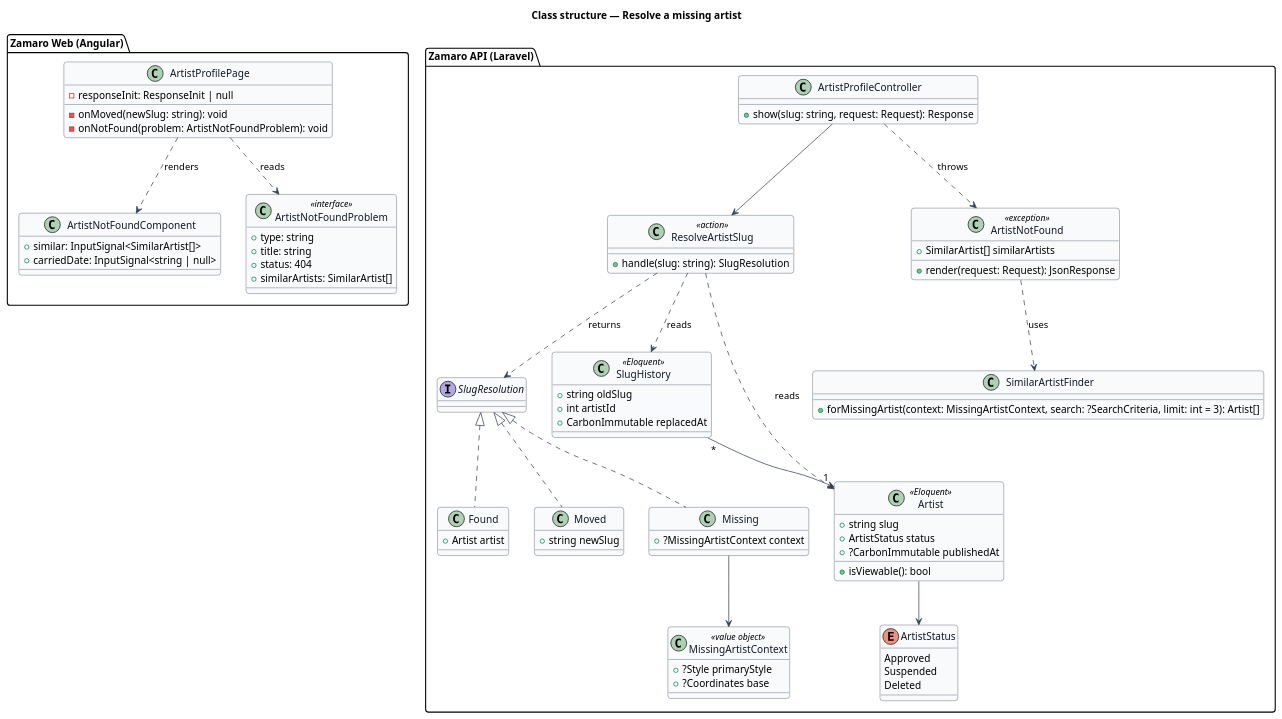
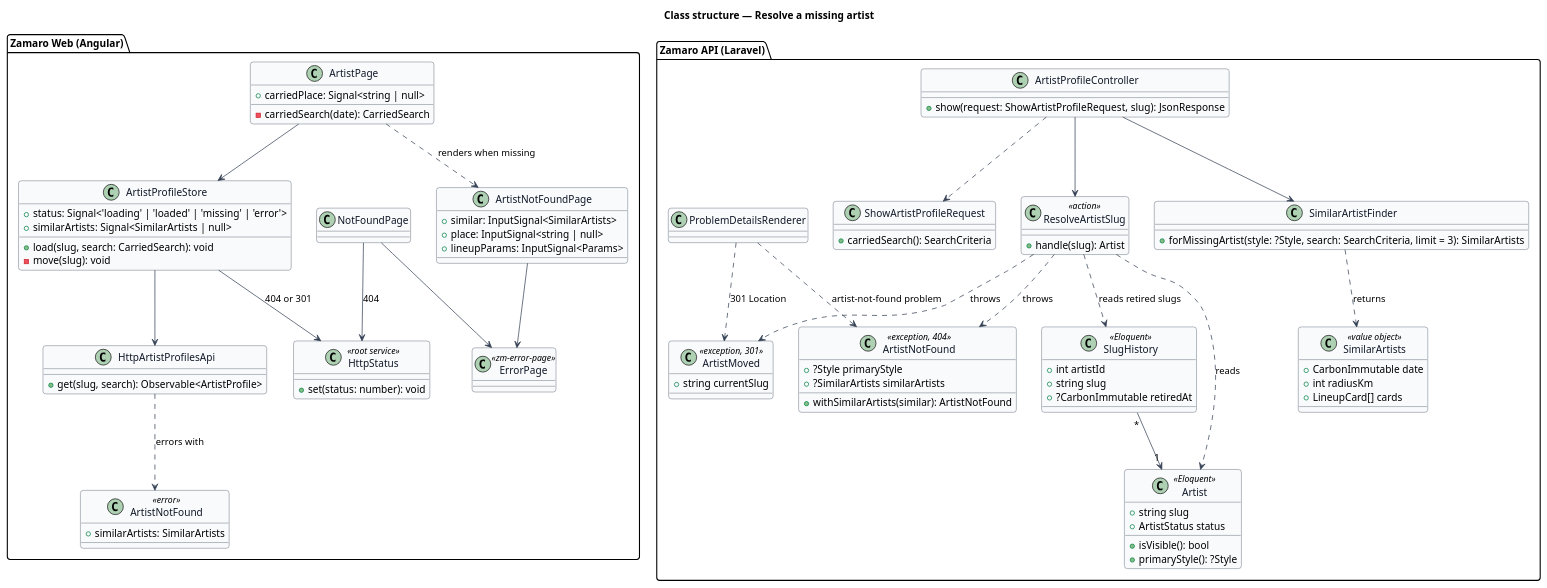
The diagram in docs/detailed-designs/artist-profiles/resolve-missing-artist/diagrams/class-structure.puml (QuinntyneBrown/zamaro), drawn with PlantUML before and after one commit. The commit also changed 20 other files, not shown here.

First line of the commit message:
docs(artist-profiles): ADR-0011 slug history; record S15 as built, S16 is next

```diff
--- a/docs/detailed-designs/artist-profiles/resolve-missing-artist/diagrams/class-structure.puml
+++ b/docs/detailed-designs/artist-profiles/resolve-missing-artist/diagrams/class-structure.puml
@@ -1,94 +1,104 @@
 @startuml
 ' --- shared skin header ---
 skinparam backgroundColor #FFFFFF
 skinparam shadowing false
 skinparam roundcorner 8
 skinparam defaultFontName Arial
 skinparam ArrowColor #344054
 skinparam class {
   BorderColor #344054
   FontColor #101828
   BackgroundColor #F9FAFB
 }
 ' --------------------------
 title Class structure — Resolve a missing artist
 
 package "Zamaro Web (Angular)" {
-  class ArtistProfilePage {
-    -responseInit: ResponseInit | null
-    -onMoved(newSlug: string): void
-    -onNotFound(problem: ArtistNotFoundProblem): void
+  class ArtistPage {
+    -carriedSearch(date): CarriedSearch
+    +carriedPlace: Signal<string | null>
   }
-  class ArtistNotFoundComponent {
-    +similar: InputSignal<SimilarArtist[]>
-    +carriedDate: InputSignal<string | null>
+  class ArtistProfileStore {
+    +status: Signal<'loading' | 'loaded' | 'missing' | 'error'>
+    +similarArtists: Signal<SimilarArtists | null>
+    +load(slug, search: CarriedSearch): void
+    -move(slug): void
   }
-  class ArtistNotFoundProblem <<interface>> {
-    +type: string
-    +title: string
-    +status: 404
-    +similarArtists: SimilarArtist[]
+  class HttpStatus <<root service>> {
+    +set(status: number): void
   }
+  class HttpArtistProfilesApi {
+    +get(slug, search): Observable<ArtistProfile>
+  }
+  class "ArtistNotFound" as WebNotFound <<error>> {
+    +similarArtists: SimilarArtists
+  }
+  class ArtistNotFoundPage {
+    +similar: InputSignal<SimilarArtists>
+    +place: InputSignal<string | null>
+    +lineupParams: InputSignal<Params>
+  }
+  class NotFoundPage
+  class ErrorPage <<zm-error-page>>
 }
 
 package "Zamaro API (Laravel)" {
   class ArtistProfileController {
-    +show(slug: string, request: Request): Response
+    +show(request: ShowArtistProfileRequest, slug): JsonResponse
+  }
+  class ShowArtistProfileRequest {
+    +carriedSearch(): SearchCriteria
   }
   class ResolveArtistSlug <<action>> {
-    +handle(slug: string): SlugResolution
+    +handle(slug): Artist
   }
-  interface SlugResolution
-  class Found {
-    +Artist artist
+  class ArtistMoved <<exception, 301>> {
+    +string currentSlug
   }
-  class Moved {
-    +string newSlug
-  }
-  class Missing {
-    +?MissingArtistContext context
-  }
-  class MissingArtistContext <<value object>> {
+  class ArtistNotFound <<exception, 404>> {
     +?Style primaryStyle
-    +?Coordinates base
-  }
-  class ArtistNotFound <<exception>> {
-    +SimilarArtist[] similarArtists
-    +render(request: Request): JsonResponse
+    +?SimilarArtists similarArtists
+    +withSimilarArtists(similar): ArtistNotFound
   }
   class SimilarArtistFinder {
-    +forMissingArtist(context: MissingArtistContext, search: ?SearchCriteria, limit: int = 3): Artist[]
+    +forMissingArtist(style: ?Style, search: SearchCriteria, limit = 3): SimilarArtists
   }
+  class SimilarArtists <<value object>> {
+    +CarbonImmutable date
+    +int radiusKm
+    +LineupCard[] cards
+  }
+  class ProblemDetailsRenderer
   class SlugHistory <<Eloquent>> {
-    +string oldSlug
     +int artistId
-    +CarbonImmutable replacedAt
+    +string slug
+    +?CarbonImmutable retiredAt
   }
   class Artist <<Eloquent>> {
     +string slug
     +ArtistStatus status
-    +?CarbonImmutable publishedAt
-    +isViewable(): bool
-  }
-  enum ArtistStatus {
-    Approved
-    Suspended
-    Deleted
+    +isVisible(): bool
+    +primaryStyle(): ?Style
   }
 }
 
-SlugResolution <|.. Found
-SlugResolution <|.. Moved
-SlugResolution <|.. Missing
-Missing --> MissingArtistContext
-ResolveArtistSlug ..> SlugResolution : returns
-ResolveArtistSlug ..> SlugHistory : reads
+ResolveArtistSlug ..> SlugHistory : reads retired slugs
 ResolveArtistSlug ..> Artist : reads
+ResolveArtistSlug ..> ArtistMoved : throws
+ResolveArtistSlug ..> ArtistNotFound : throws
 SlugHistory "*" --> "1" Artist
-Artist --> ArtistStatus
 ArtistProfileController --> ResolveArtistSlug
-ArtistProfileController ..> ArtistNotFound : throws
-ArtistNotFound ..> SimilarArtistFinder : uses
-ArtistProfilePage ..> ArtistNotFoundProblem : reads
-ArtistProfilePage ..> ArtistNotFoundComponent : renders
+ArtistProfileController --> SimilarArtistFinder
+ArtistProfileController ..> ShowArtistProfileRequest
+SimilarArtistFinder ..> SimilarArtists : returns
+ProblemDetailsRenderer ..> ArtistMoved : 301 Location
+ProblemDetailsRenderer ..> ArtistNotFound : artist-not-found problem
+ArtistPage --> ArtistProfileStore
+ArtistPage ..> ArtistNotFoundPage : renders when missing
+ArtistProfileStore --> HttpArtistProfilesApi
+ArtistProfileStore --> HttpStatus : 404 or 301
+HttpArtistProfilesApi ..> WebNotFound : errors with
+ArtistNotFoundPage --> ErrorPage
+NotFoundPage --> ErrorPage
+NotFoundPage --> HttpStatus : 404
 @enduml
```
